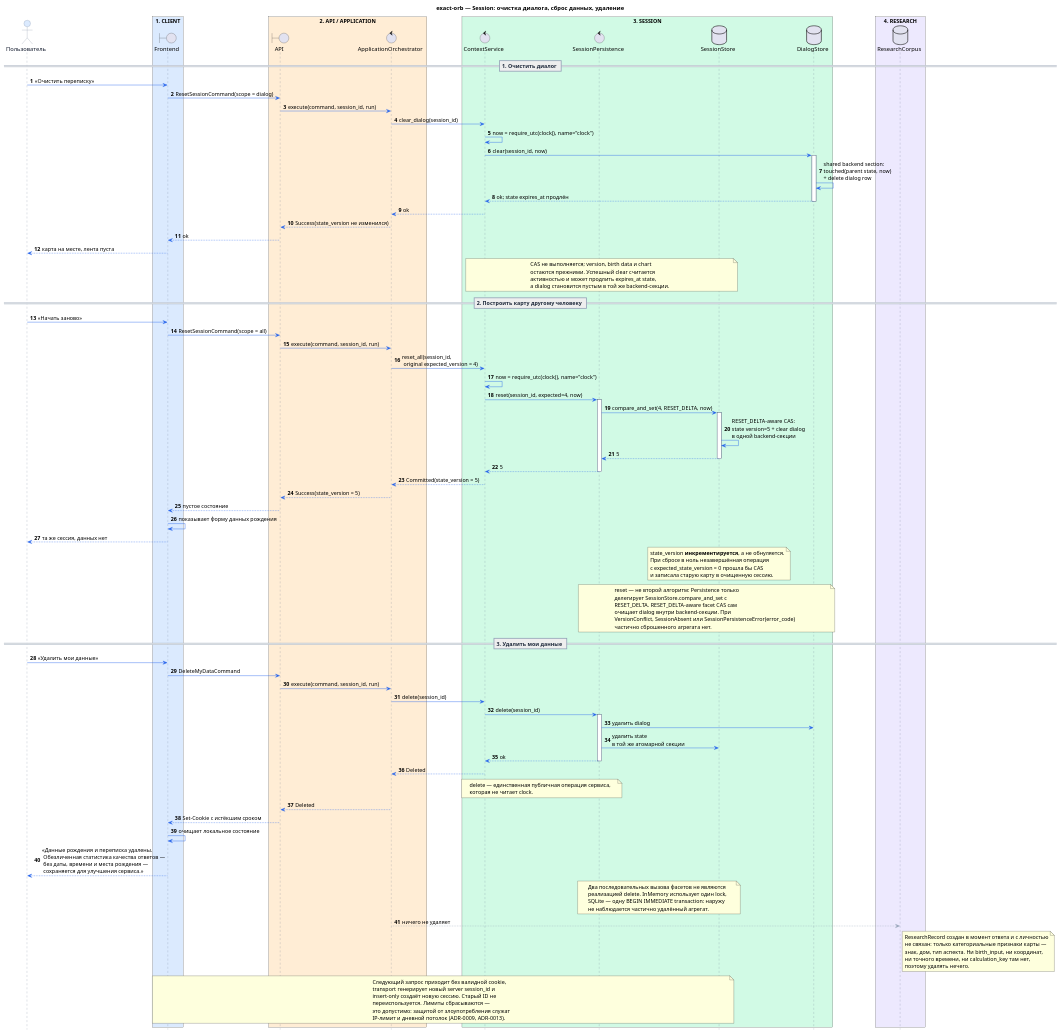
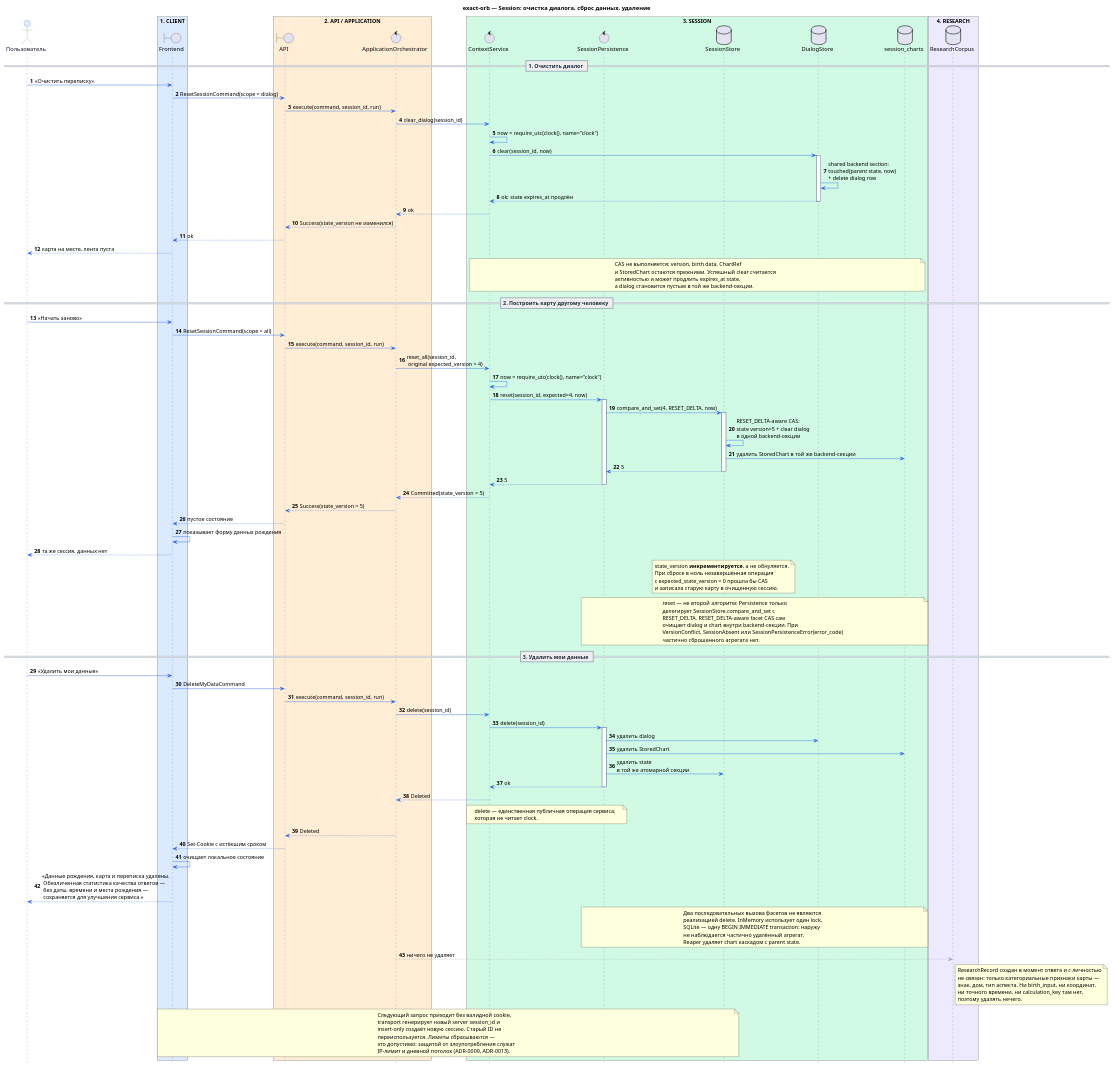
One commit to ksenia-baranova/exact-orb-demo changed the diagram in docs/sequence_diagrams/session/004-session-reset-and-delete.puml. Above: the diagram before and after it, drawn with PlantUML. The commit also changed 29 other files, not shown here.

Commit message:
docs: update architecture diagrams, overview, and scenarios

```diff
--- a/docs/sequence_diagrams/session/004-session-reset-and-delete.puml
+++ b/docs/sequence_diagrams/session/004-session-reset-and-delete.puml
@@ -1,178 +1,182 @@
 @startuml
 title exact-orb — Session: очистка диалога, сброс данных, удаление
 
 ' Три сценария, которые пользователь легко путает, а система
 ' обязана различать: они по-разному влияют на cookie и лимиты.
 
 autonumber
 hide footbox
 
 skinparam shadowing false
 skinparam responseMessageBelowArrow true
 
 skinparam sequence {
     ArrowColor #2563EB
     LifeLineBorderColor #64748B
     LifeLineBackgroundColor #FFFFFF
 
     ParticipantBorderColor #64748B
     ParticipantFontColor #0F172A
     ParticipantBackgroundColor #F8FAFC
 
     ActorBorderColor #64748B
     ActorFontColor #0F172A
     ActorBackgroundColor #DBEAFE
 
     GroupBorderColor #94A3B8
     GroupHeaderFontColor #1E293B
 
     DividerBorderColor #94A3B8
     DividerFontColor #1E293B
 
     NoteBorderColor #94A3B8
     NoteBackgroundColor #FFFBEA
     NoteFontColor #334155
 }
 
 actor "Пользователь" as User
 
 box "1. CLIENT" #DBEAFE
     boundary "Frontend" as FE
 end box
 
 box "2. API / APPLICATION" #FFEDD5
     boundary "API" as API
     control "ApplicationOrchestrator" as Orch
 end box
 
 box "3. SESSION" #D1FAE5
     control "ContextService" as Context
     control "SessionPersistence" as Persistence
     database "SessionStore" as Store
     database "DialogStore" as Dialog
+    database "session_charts" as Charts
 end box
 
 box "4. RESEARCH" #EDE9FE
     database "ResearchCorpus" as Research
 end box
 
 
 == 1. Очистить диалог ==
 
 User -> FE : «Очистить переписку»
 FE -> API : ResetSessionCommand(scope = dialog)
 API -> Orch : execute(command, session_id, run)
 
 Orch -> Context : clear_dialog(session_id)
 Context -> Context : now = require_utc(clock(), name="clock")
 Context -> Dialog : clear(session_id, now)
 activate Dialog
 Dialog -> Dialog : shared backend section:\ntouched(parent state, now)\n+ delete dialog row
 Dialog --> Context : ok; state expires_at продлён
 deactivate Dialog
 Context --> Orch : ok
 
 Orch --> API : Success(state_version не изменился)
 API --> FE : ok
 FE --> User : карта на месте, лента пуста
 
-note over Context, Store
-CAS не выполняется; version, birth data и chart
-остаются прежними. Успешный clear считается
+note over Context, Charts
+CAS не выполняется; version, birth data, ChartRef
+и StoredChart остаются прежними. Успешный clear считается
 активностью и может продлить expires_at state,
 а dialog становится пустым в той же backend-секции.
 end note
 
 
 == 2. Построить карту другому человеку ==
 
 User -> FE : «Начать заново»
 FE -> API : ResetSessionCommand(scope = all)
 API -> Orch : execute(command, session_id, run)
 
 Orch -> Context : reset_all(session_id,\n original expected_version = 4)
 Context -> Context : now = require_utc(clock(), name="clock")
 Context -> Persistence : reset(session_id, expected=4, now)
 activate Persistence
 Persistence -> Store : compare_and_set(4, RESET_DELTA, now)
 activate Store
 Store -> Store : RESET_DELTA-aware CAS:\nstate version=5 + clear dialog\nв одной backend-секции
+Store -> Charts : удалить StoredChart в той же backend-секции
 Store --> Persistence : 5
 deactivate Store
 Persistence --> Context : 5
 deactivate Persistence
 Context --> Orch : Committed(state_version = 5)
 
 Orch --> API : Success(state_version = 5)
 API --> FE : пустое состояние
 FE -> FE : показывает форму данных рождения
 FE --> User : та же сессия, данных нет
 
 note over Store
 state_version **инкрементируется**, а не обнуляется.
 При сбросе в ноль незавершённая операция
 с expected_state_version = 0 прошла бы CAS
 и записала старую карту в очищенную сессию.
 end note
 
-note over Persistence, Dialog
+note over Persistence, Charts
 reset — не второй алгоритм: Persistence только
 делегирует SessionStore.compare_and_set с
 RESET_DELTA. RESET_DELTA-aware facet CAS сам
-очищает dialog внутри backend-секции. При
+очищает dialog и chart внутри backend-секции. При
 VersionConflict, SessionAbsent или SessionPersistenceError(error_code)
 частично сброшенного агрегата нет.
 end note
 
 
 == 3. Удалить мои данные ==
 
 User -> FE : «Удалить мои данные»
 FE -> API : DeleteMyDataCommand
 API -> Orch : execute(command, session_id, run)
 
 Orch -> Context : delete(session_id)
 Context -> Persistence : delete(session_id)
 activate Persistence
 Persistence -> Dialog : удалить dialog
+Persistence -> Charts : удалить StoredChart
 Persistence -> Store : удалить state\nв той же атомарной секции
 Persistence --> Context : ok
 deactivate Persistence
 Context --> Orch : Deleted
 
 note over Context, Persistence
 delete — единственная публичная операция сервиса,
 которая не читает clock.
 end note
 
 Orch --> API : Deleted
 API --> FE : Set-Cookie с истёкшим сроком
 FE -> FE : очищает локальное состояние
-FE --> User : «Данные рождения и переписка удалены.\n Обезличенная статистика качества ответов —\n без даты, времени и места рождения —\n сохраняется для улучшения сервиса.»
+FE --> User : «Данные рождения, карта и переписка удалены.\n Обезличенная статистика качества ответов —\n без даты, времени и места рождения —\n сохраняется для улучшения сервиса.»
 
-note over Persistence, Store
+note over Persistence, Charts
 Два последовательных вызова фасетов не являются
 реализацией delete. InMemory использует один lock,
 SQLite — одну BEGIN IMMEDIATE transaction: наружу
 не наблюдается частично удалённый агрегат.
+Reaper удаляет chart каскадом с parent state.
 end note
 
 Orch -[#94A3B8]-> Research : ничего не удаляет
 note right of Research
 ResearchRecord создан в момент ответа и с личностью
 не связан: только категориальные признаки карты —
 знак, дом, тип аспекта. Ни birth_input, ни координат,
 ни точного времени, ни calculation_key там нет,
 поэтому удалять нечего.
 end note
 
 note over FE, Store
 Следующий запрос приходит без валидной cookie,
 transport генерирует новый server session_id и
 insert-only создаёт новую сессию. Старый ID не
 переиспользуется. Лимиты сбрасываются —
 это допустимо: защитой от злоупотребления служат
 IP-лимит и дневной потолок (ADR-0009, ADR-0013).
 end note
 
 @enduml
```
